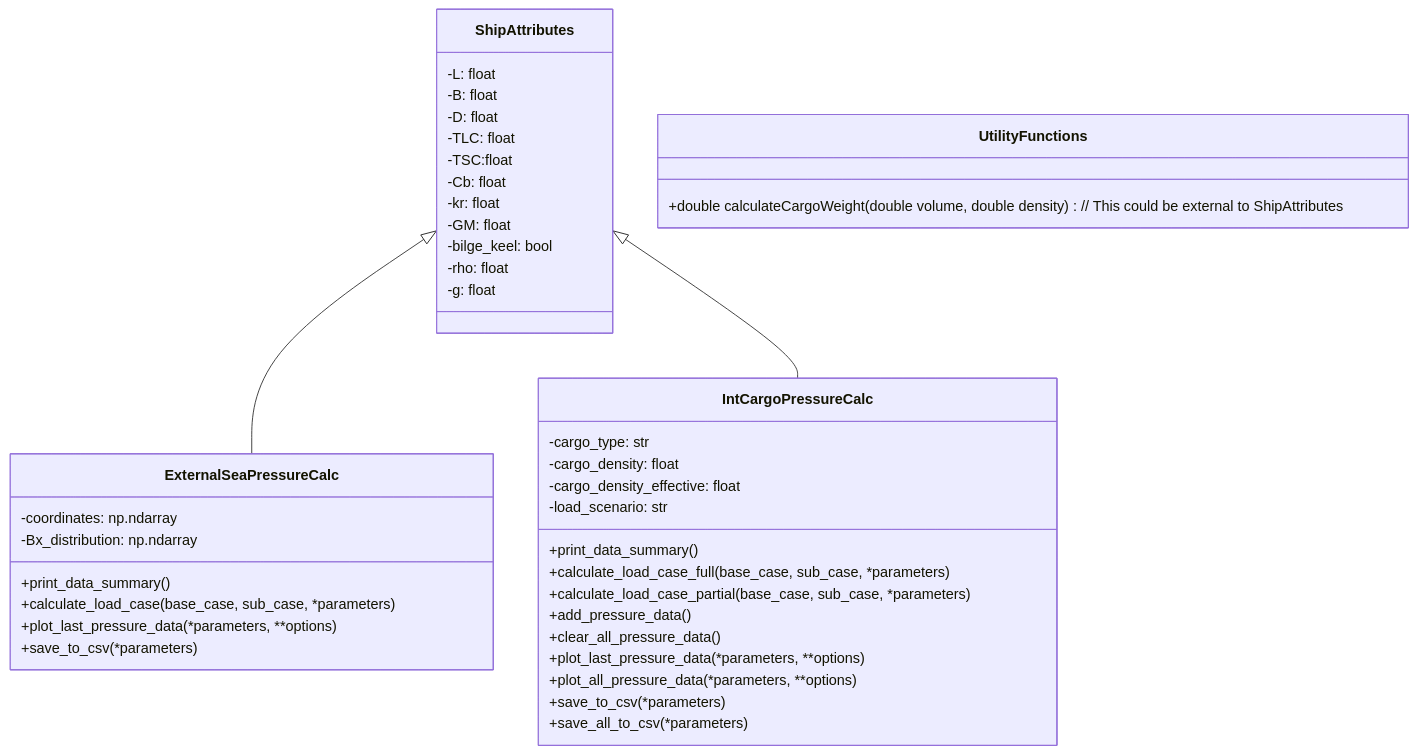
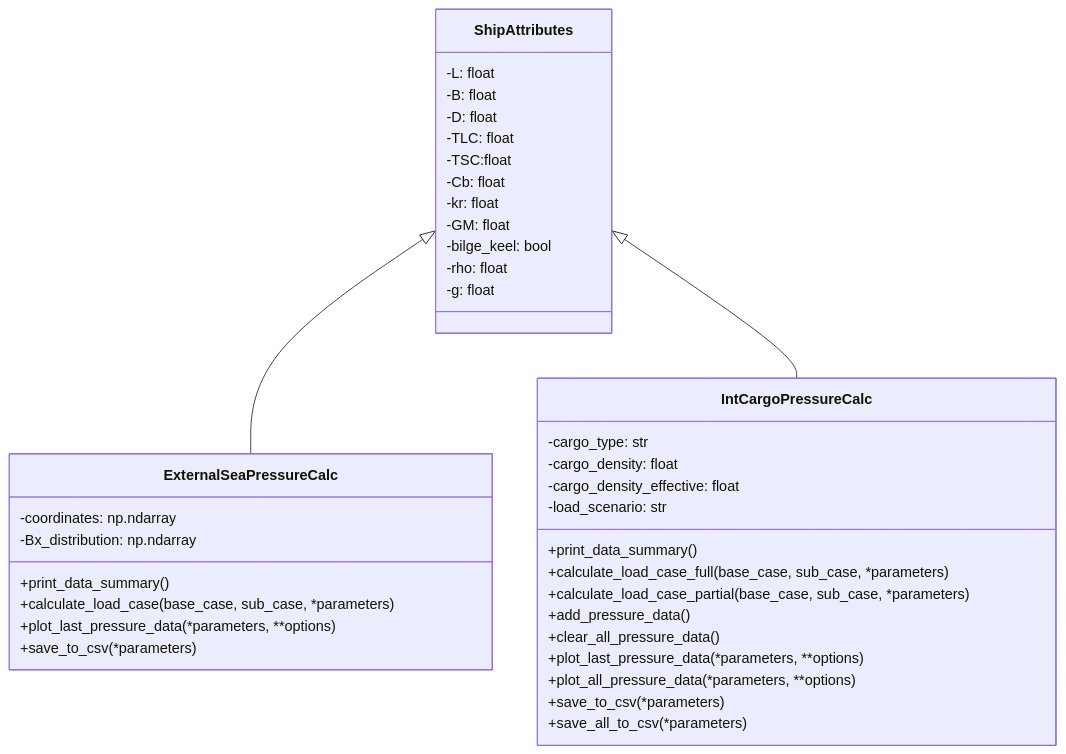
Before and after one commit to Lalis98/PRESim: the diagram in README.md, drawn with Mermaid.

````diff
--- a/README.md
+++ b/README.md
@@ -15,51 +15,47 @@
 ```mermaid
 classDiagram
     class ShipAttributes {
         -L: float
         -B: float
         -D: float
         -TLC: float
         -TSC:float
         -Cb: float
         -kr: float
         -GM: float
         -bilge_keel: bool
         -rho: float
         -g: float
     }
 
     class ExternalSeaPressureCalc {
         -coordinates: np.ndarray
         -Bx_distribution: np.ndarray
         +print_data_summary()
         +calculate_load_case(base_case, sub_case, *parameters)
         +plot_last_pressure_data(*parameters, **options)
         +save_to_csv(*parameters)
     }
 
     class IntCargoPressureCalc {
         -cargo_type: str
         -cargo_density: float
         -cargo_density_effective: float
         -load_scenario: str
         +print_data_summary()
         +calculate_load_case_full(base_case, sub_case, *parameters)
         +calculate_load_case_partial(base_case, sub_case, *parameters)
         +add_pressure_data()
         +clear_all_pressure_data()
         +plot_last_pressure_data(*parameters, **options)
         +plot_all_pressure_data(*parameters, **options)
         +save_to_csv(*parameters)
         +save_all_to_csv(*parameters)
     }
-    
-    class UtilityFunctions {
-        +double calculateCargoWeight(double volume, double density)  // This could be external to ShipAttributes
-    }
 
     ShipAttributes <|-- ExternalSeaPressureCalc
     ShipAttributes <|-- IntCargoPressureCalc
     
     
 
 ```
````
